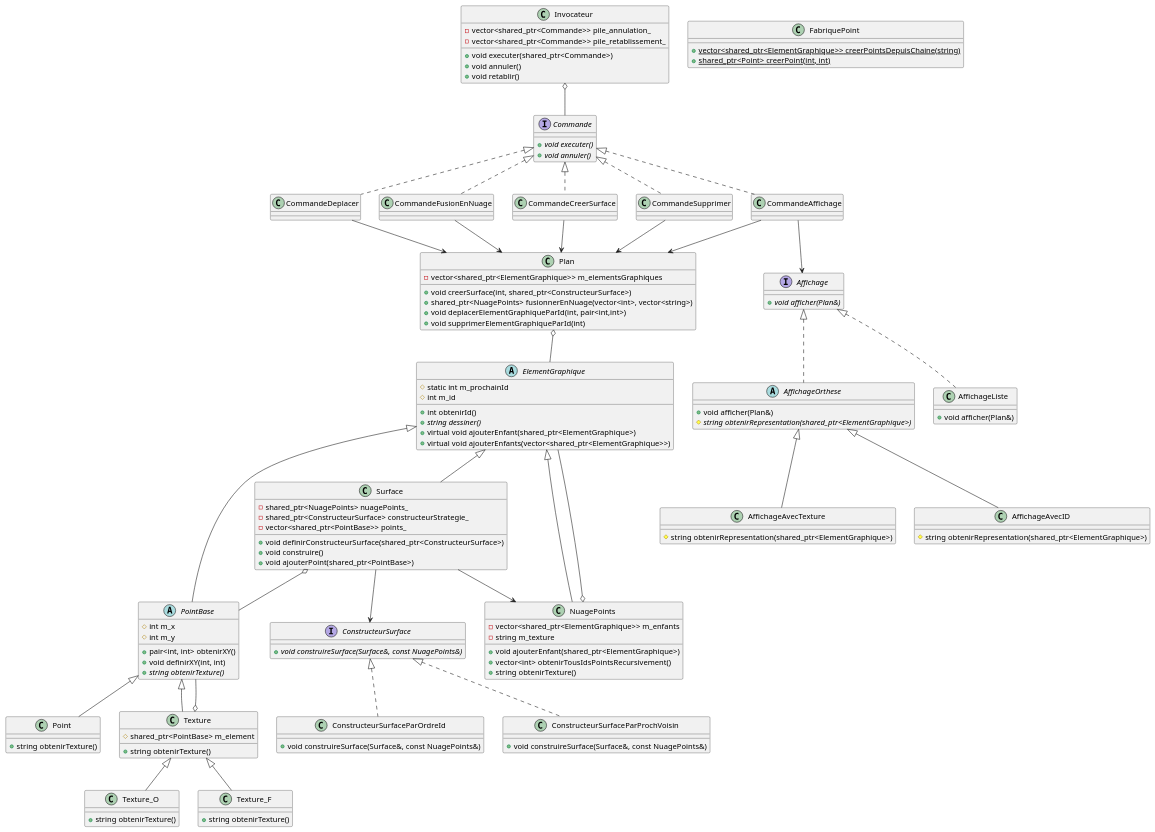
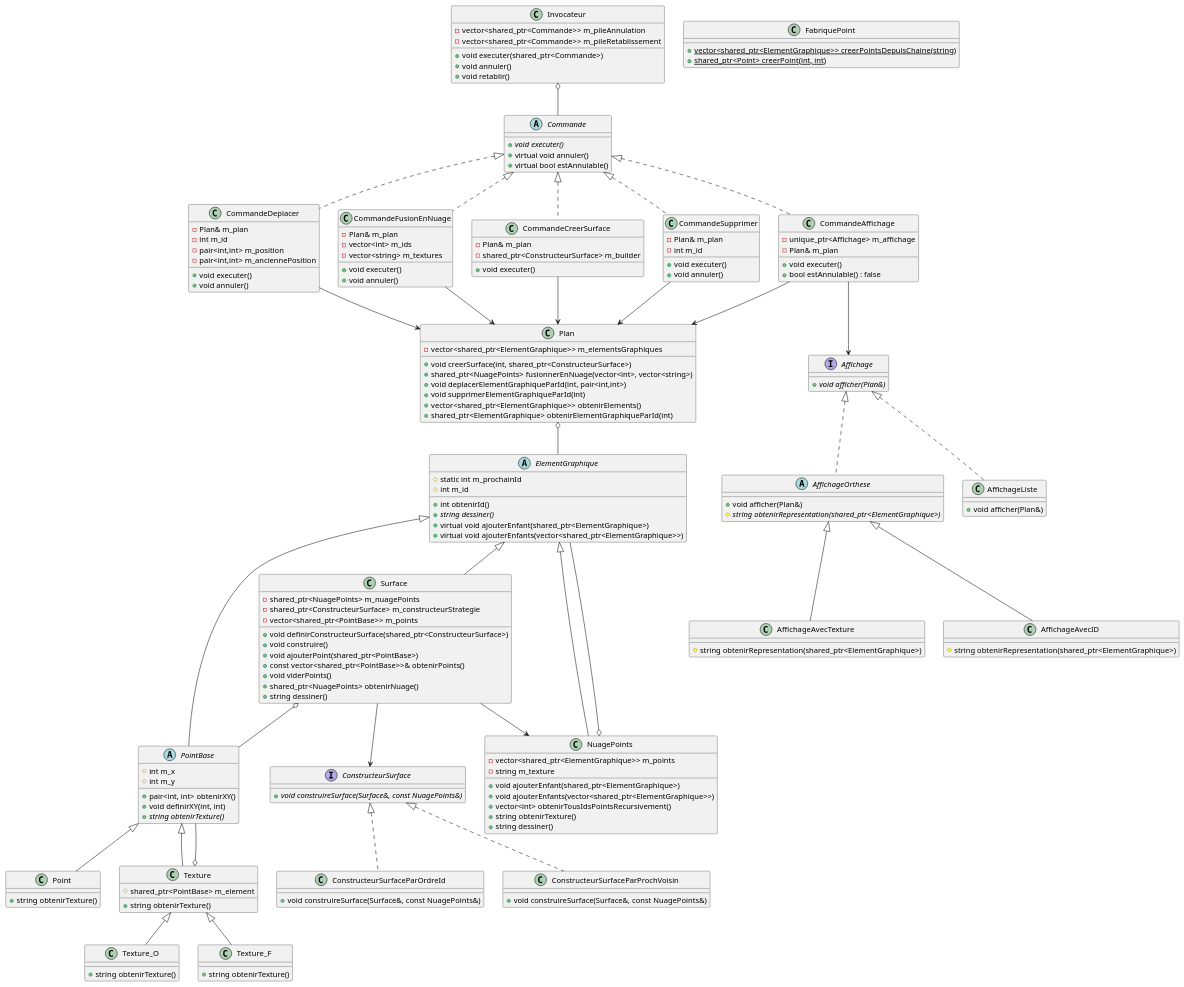
One commit to Jcod007/TP4-LOG2400 changed the diagram in diagramme.puml. Above: the diagram before and after it, drawn with PlantUML. The commit also changed 32 other files, not shown here.

Commit message:
Refactor: Standardize `std::` namespace usage, rename class members, and add design pattern UML diagrams.

```diff
--- a/diagramme.puml
+++ b/diagramme.puml
@@ -1,154 +1,200 @@
 @startuml
 
 abstract class ElementGraphique {
     # static int m_prochainId
     # int m_id
     + int obtenirId()
     + {abstract} string dessiner()
     + virtual void ajouterEnfant(shared_ptr<ElementGraphique>)
     + virtual void ajouterEnfants(vector<shared_ptr<ElementGraphique>>)
 }
 
 abstract class PointBase {
     # int m_x
     # int m_y
     + pair<int, int> obtenirXY()
     + void definirXY(int, int)
     + {abstract} string obtenirTexture()
 }
 
 class Point {
     + string obtenirTexture()
 }
 
 class Texture {
     # shared_ptr<PointBase> m_element
     + string obtenirTexture()
 }
 
 class Texture_O {
     + string obtenirTexture()
 }
 
 class Texture_F {
     + string obtenirTexture()
 }
 
 class NuagePoints {
-    - vector<shared_ptr<ElementGraphique>> m_enfants
+    - vector<shared_ptr<ElementGraphique>> m_points
     - string m_texture
     + void ajouterEnfant(shared_ptr<ElementGraphique>)
+    + void ajouterEnfants(vector<shared_ptr<ElementGraphique>>)
     + vector<int> obtenirTousIdsPointsRecursivement()
     + string obtenirTexture()
+    + string dessiner()
 }
 
 class Surface {
-    - shared_ptr<NuagePoints> nuagePoints_
-    - shared_ptr<ConstructeurSurface> constructeurStrategie_
-    - vector<shared_ptr<PointBase>> points_
+    - shared_ptr<NuagePoints> m_nuagePoints
+    - shared_ptr<ConstructeurSurface> m_constructeurStrategie
+    - vector<shared_ptr<PointBase>> m_points
     + void definirConstructeurSurface(shared_ptr<ConstructeurSurface>)
     + void construire()
     + void ajouterPoint(shared_ptr<PointBase>)
+    + const vector<shared_ptr<PointBase>>& obtenirPoints()
+    + void viderPoints()
+    + shared_ptr<NuagePoints> obtenirNuage()
+    + string dessiner()
 }
 
 class Plan {
     - vector<shared_ptr<ElementGraphique>> m_elementsGraphiques
     + void creerSurface(int, shared_ptr<ConstructeurSurface>)
     + shared_ptr<NuagePoints> fusionnerEnNuage(vector<int>, vector<string>)
     + void deplacerElementGraphiqueParId(int, pair<int,int>)
     + void supprimerElementGraphiqueParId(int)
+    + vector<shared_ptr<ElementGraphique>> obtenirElements()
+    + shared_ptr<ElementGraphique> obtenirElementGraphiqueParId(int)
 }
 
 interface ConstructeurSurface {
     + {abstract} void construireSurface(Surface&, const NuagePoints&)
 }
 
 class ConstructeurSurfaceParOrdreId {
     + void construireSurface(Surface&, const NuagePoints&)
 }
 
 class ConstructeurSurfaceParProchVoisin {
     + void construireSurface(Surface&, const NuagePoints&)
 }
 
-interface Commande {
+abstract class Commande {
     + {abstract} void executer()
-    + {abstract} void annuler()
+    + virtual void annuler()
+    + virtual bool estAnnulable()
 }
 
 class Invocateur {
-    - vector<shared_ptr<Commande>> pile_annulation_
-    - vector<shared_ptr<Commande>> pile_retablissement_
+    - vector<shared_ptr<Commande>> m_pileAnnulation
+    - vector<shared_ptr<Commande>> m_pileRetablissement
     + void executer(shared_ptr<Commande>)
     + void annuler()
     + void retablir()
+}
+
+class CommandeAffichage {
+    - unique_ptr<Affichage> m_affichage
+    - Plan& m_plan
+    + void executer()
+    + bool estAnnulable() : false
+}
+
+class CommandeSupprimer {
+    - Plan& m_plan
+    - int m_id
+    + void executer()
+    + void annuler()
+}
+
+class CommandeDeplacer {
+    - Plan& m_plan
+    - int m_id
+    - pair<int,int> m_position
+    - pair<int,int> m_anciennePosition
+    + void executer()
+    + void annuler()
+}
+
+class CommandeFusionEnNuage {
+    - Plan& m_plan
+    - vector<int> m_ids
+    - vector<string> m_textures
+    + void executer()
+    + void annuler()
+}
+
+class CommandeCreerSurface {
+    - Plan& m_plan
+    - shared_ptr<ConstructeurSurface> m_builder
+    + void executer()
 }
 
 interface Affichage {
     + {abstract} void afficher(Plan&)
 }
 
 class AffichageListe {
     + void afficher(Plan&)
 }
 
 abstract class AffichageOrthese {
     + void afficher(Plan&)
     # {abstract} string obtenirRepresentation(shared_ptr<ElementGraphique>)
 }
 
 class AffichageAvecID {
     # string obtenirRepresentation(shared_ptr<ElementGraphique>)
 }
 
 class AffichageAvecTexture {
     # string obtenirRepresentation(shared_ptr<ElementGraphique>)
 }
 
 class FabriquePoint {
     + {static} vector<shared_ptr<ElementGraphique>> creerPointsDepuisChaine(string)
     + {static} shared_ptr<Point> creerPoint(int, int)
 }
 
 ElementGraphique <|-- PointBase
 ElementGraphique <|-- NuagePoints
 ElementGraphique <|-- Surface
 
 PointBase <|-- Point
 PointBase <|-- Texture
 Texture <|-- Texture_O
 Texture <|-- Texture_F
 Texture o-- PointBase
 
 NuagePoints o-- ElementGraphique
 
 Surface --> NuagePoints
 Surface --> ConstructeurSurface
 Surface o-- PointBase
 
 ConstructeurSurface <|.. ConstructeurSurfaceParOrdreId
 ConstructeurSurface <|.. ConstructeurSurfaceParProchVoisin
 
 Plan o-- ElementGraphique
 
 Commande <|.. CommandeAffichage
 Commande <|.. CommandeSupprimer
 Commande <|.. CommandeDeplacer
 Commande <|.. CommandeFusionEnNuage
 Commande <|.. CommandeCreerSurface
 
 Invocateur o-- Commande
 
 Affichage <|.. AffichageListe
 Affichage <|.. AffichageOrthese
 AffichageOrthese <|-- AffichageAvecID
 AffichageOrthese <|-- AffichageAvecTexture
 
 CommandeAffichage --> Affichage
 CommandeAffichage --> Plan
 CommandeSupprimer --> Plan
 CommandeDeplacer --> Plan
 CommandeFusionEnNuage --> Plan
 CommandeCreerSurface --> Plan
 
 @enduml
```
